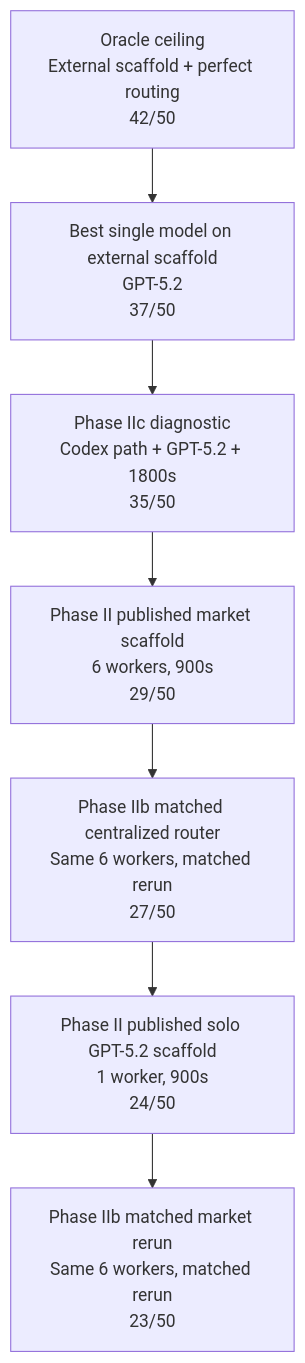
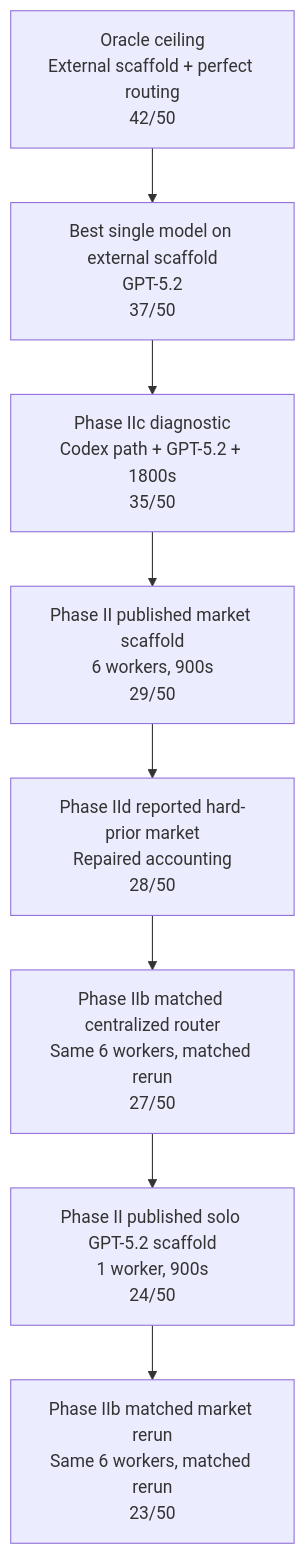
The second of 2 diagrams in README.md (strangeloopcanon/multi-agent-scaling), drawn with Mermaid before and after one commit. The commit also changed other lines of this file and 2 other files, not shown here.

````diff
--- a/README.md
+++ b/README.md
@@ -179,9 +203,10 @@
 ```mermaid
 flowchart TD
     A["Oracle ceiling\nExternal scaffold + perfect routing\n42/50"] --> B["Best single model on external scaffold\nGPT-5.2\n37/50"]
     B --> C["Phase IIc diagnostic\nCodex path + GPT-5.2 + 1800s\n35/50"]
     C --> D["Phase II published market scaffold\n6 workers, 900s\n29/50"]
-    D --> E["Phase IIb matched centralized router\nSame 6 workers, matched rerun\n27/50"]
-    E --> F["Phase II published solo GPT-5.2 scaffold\n1 worker, 900s\n24/50"]
-    F --> G["Phase IIb matched market rerun\nSame 6 workers, matched rerun\n23/50"]
+    D --> E["Phase IId reported hard-prior market\nRepaired accounting\n28/50"]
+    E --> F["Phase IIb matched centralized router\nSame 6 workers, matched rerun\n27/50"]
+    F --> G["Phase II published solo GPT-5.2 scaffold\n1 worker, 900s\n24/50"]
+    G --> H["Phase IIb matched market rerun\nSame 6 workers, matched rerun\n23/50"]
 ```
````
